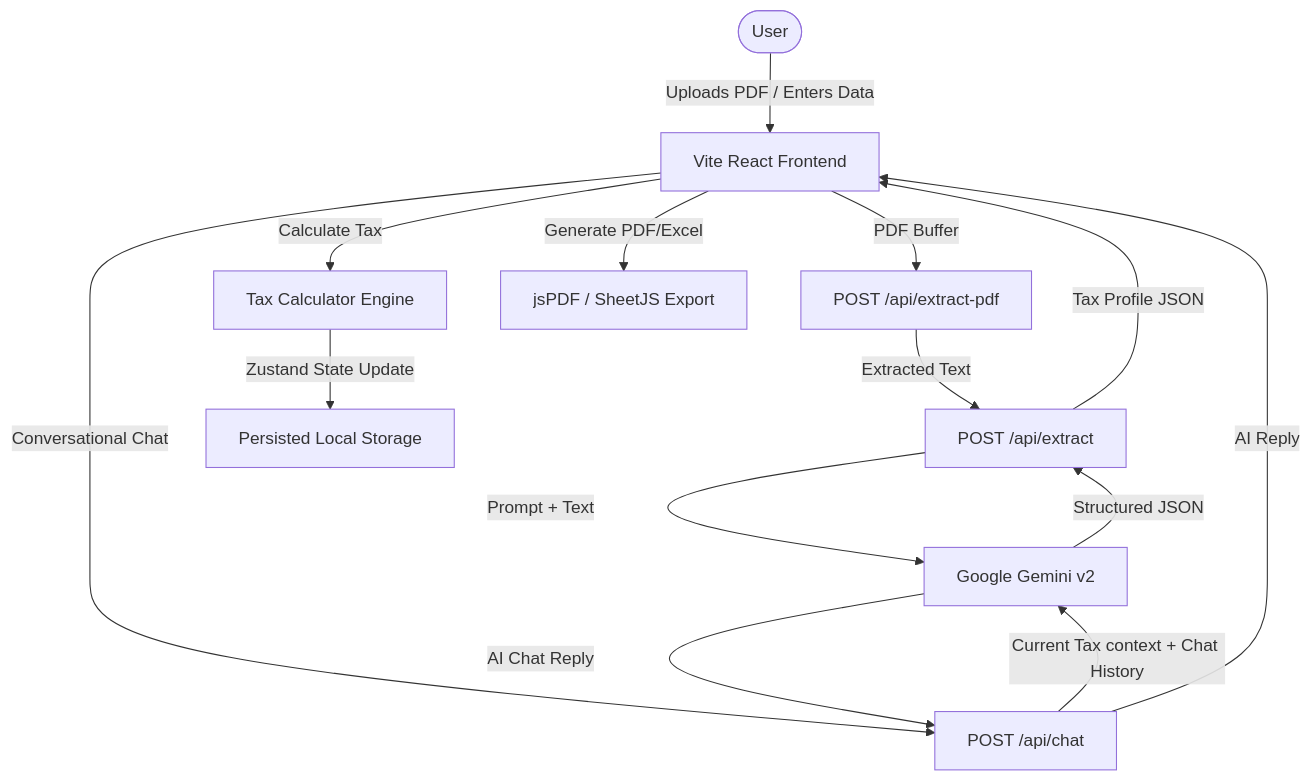
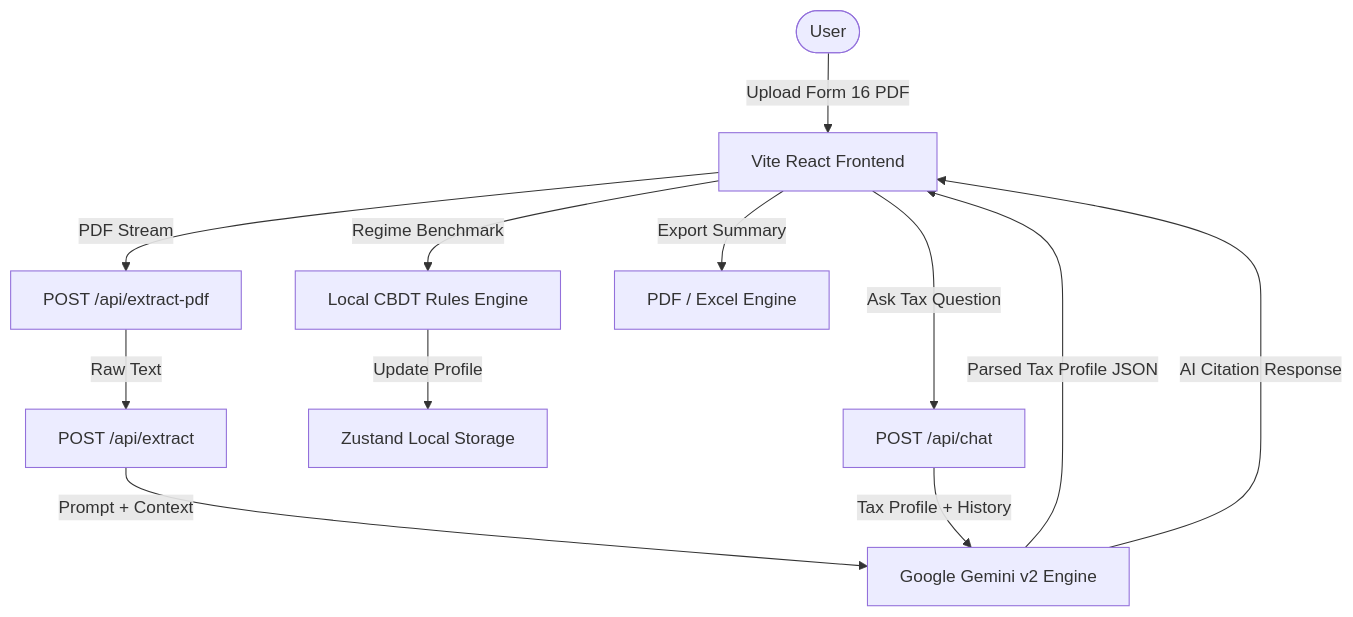
The diagram in README.md (reshmanth-sai/TaxSense), drawn with Mermaid before and after one commit. The commit also changed other lines of this file and 36 other files, not shown here.

````diff
--- a/README.md
+++ b/README.md
@@ -46,19 +47,17 @@
 ```mermaid
 graph TD
-    User([User]) -->|Uploads PDF / Enters Data| WebUI[Vite React Frontend]
-    WebUI -->|PDF Buffer| API_PDF[POST /api/extract-pdf]
-    API_PDF -->|Extracted Text| API_EXTRACT[POST /api/extract]
-    API_EXTRACT -->|Prompt + Text| Gemini[Google Gemini v2]
-    Gemini -->|Structured JSON| API_EXTRACT
-    API_EXTRACT -->|Tax Profile JSON| WebUI
+    User([User]) -->|Upload Form 16 PDF| WebUI[Vite React Frontend]
+    WebUI -->|PDF Stream| API_PDF[POST /api/extract-pdf]
+    API_PDF -->|Raw Text| API_EXTRACT[POST /api/extract]
+    API_EXTRACT -->|Prompt + Context| Gemini[Google Gemini v2 Engine]
+    Gemini -->|Parsed Tax Profile JSON| WebUI
     
-    WebUI -->|Calculate Tax| Engine[Tax Calculator Engine]
-    Engine -->|Zustand State Update| State[Persisted Local Storage]
+    WebUI -->|Regime Benchmark| Engine[Local CBDT Rules Engine]
+    Engine -->|Update Profile| State[Zustand Local Storage]
     
-    WebUI -->|Conversational Chat| API_CHAT[POST /api/chat]
-    API_CHAT -->|Current Tax context + Chat History| Gemini
-    Gemini -->|AI Chat Reply| API_CHAT
-    API_CHAT -->|AI Reply| WebUI
+    WebUI -->|Ask Tax Question| API_CHAT[POST /api/chat]
+    API_CHAT -->|Tax Profile + History| Gemini
+    Gemini -->|AI Citation Response| WebUI
     
-    WebUI -->|Generate PDF/Excel| Export[jsPDF / SheetJS Export]
+    WebUI -->|Export Summary| Export[PDF / Excel Engine]
 ```
````
